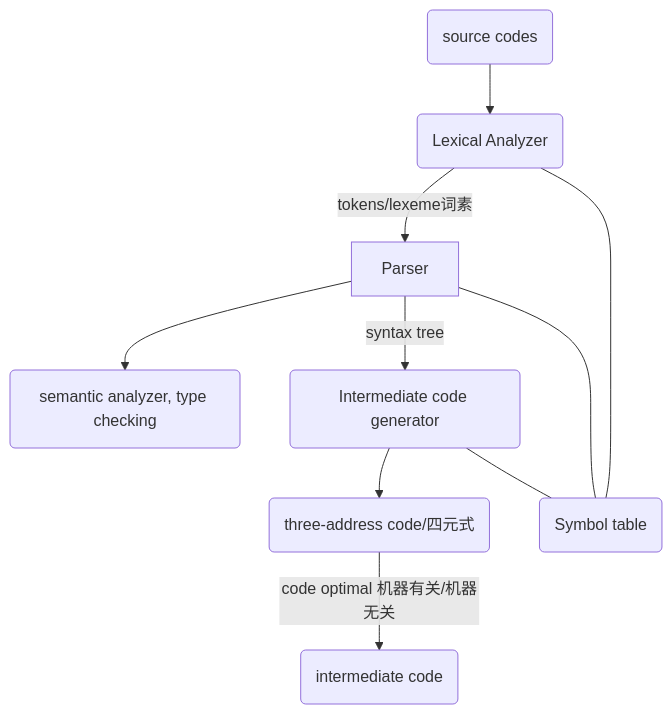
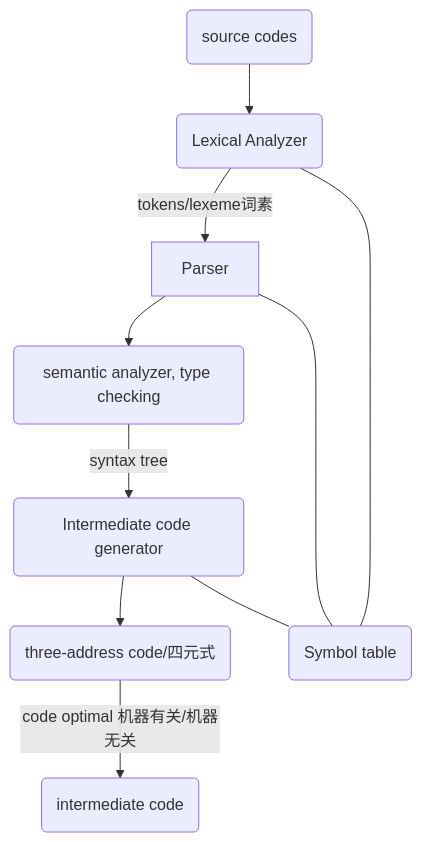
Before and after one commit to DCMMC/Notes: the second of 2 diagrams in 编译原理学习笔记.md, drawn with Mermaid.

Commit message:
修改文件: 编译原理学习笔记.md

````diff
--- a/编译原理学习笔记.md
+++ b/编译原理学习笔记.md
@@ -60,12 +60,12 @@
 ```mermaid!
 graph TD;
 	id0(source codes)-->id1(Lexical Analyzer);
 	id1(Lexical Analyzer)-- tokens/lexeme词素 -->Parser;
 	Parser-->id6(semantic analyzer, type checking);
-	Parser-- syntax tree -->id2(Intermediate code generator);
+	id6-- syntax tree -->id2(Intermediate code generator);
 	id2--> id3(three-address code/四元式);
 	id1---id4(Symbol table);
 	Parser---id4;
 	id2---id4;
 	id3-- code optimal 机器有关/机器无关 --> id5(intermediate code);
 ```
````
